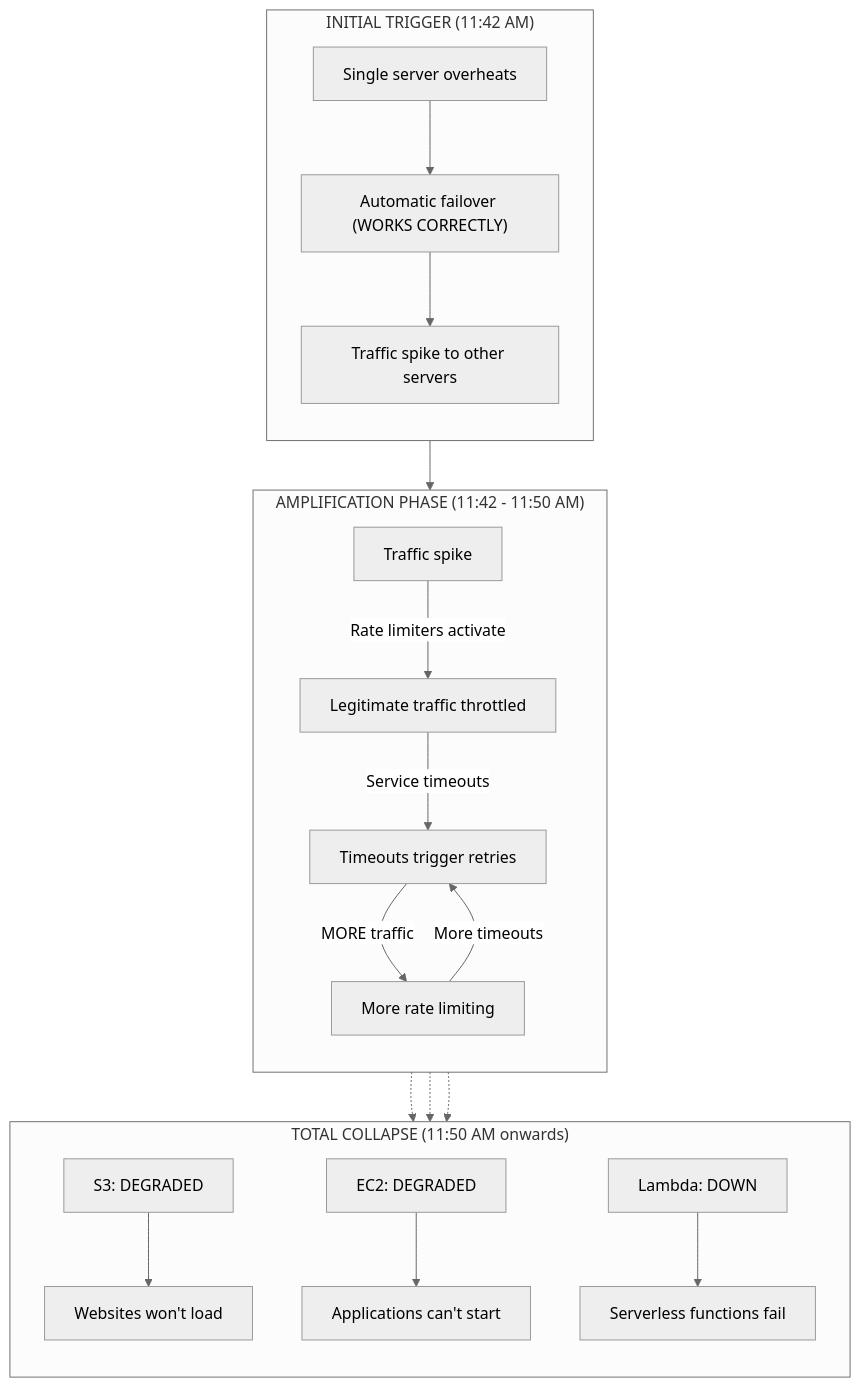
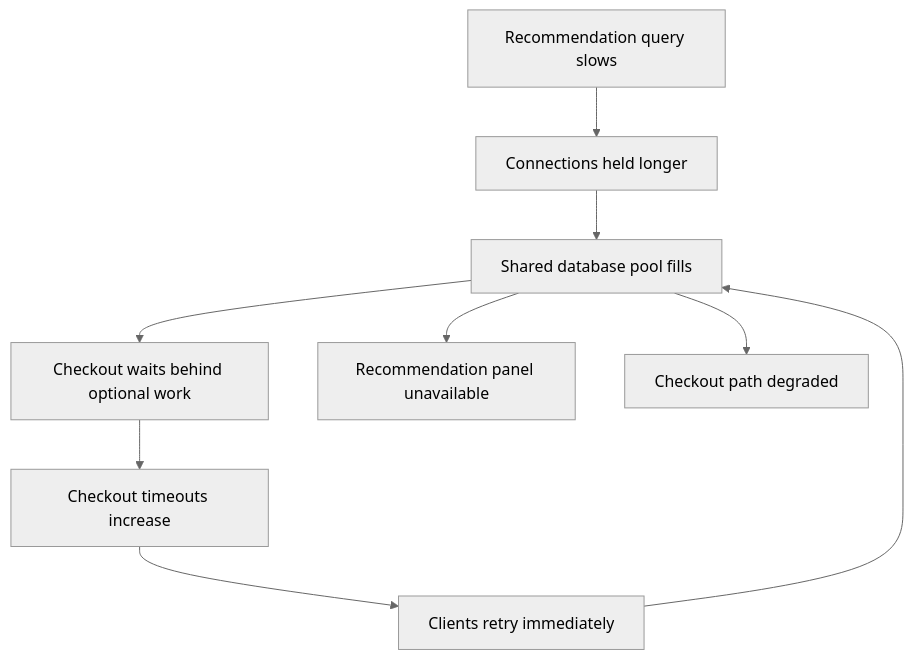
One commit to kube-dojo/kube-dojo changed the first of 11 diagrams in src/content/docs/platform/foundations/reliability-engineering/module-2.2-failure-modes-and-effects.md. Above: the diagram before and after it, drawn with Mermaid (neutral theme). The commit also changed other lines of this file and 4 other files, not shown here.

````diff
--- a/src/content/docs/platform/foundations/reliability-engineering/module-2.2-failure-modes-and-effects.md
+++ b/src/content/docs/platform/foundations/reliability-engineering/module-2.2-failure-modes-and-effects.md
@@ -40,31 +54,11 @@
 ```mermaid
 flowchart TD
-    subgraph Initial["INITIAL TRIGGER (11:42 AM)"]
-        direction TB
-        A["Single server overheats"] --> B["Automatic failover (WORKS CORRECTLY)"]
-        B --> C["Traffic spike to other servers"]
-    end
-
-    subgraph Amplification["AMPLIFICATION PHASE (11:42 - 11:50 AM)"]
-        direction TB
-        D["Traffic spike"] -->|"Rate limiters activate"| E["Legitimate traffic throttled"]
-        E -->|"Service timeouts"| F["Timeouts trigger retries"]
-        F -->|"MORE traffic"| G["More rate limiting"]
-        G -->|"More timeouts"| F
-    end
-
-    subgraph Collapse["TOTAL COLLAPSE (11:50 AM onwards)"]
-        direction TB
-        H["S3: DEGRADED"]
-        I["EC2: DEGRADED"]
-        J["Lambda: DOWN"]
-        H --> K["Websites won't load"]
-        I --> L["Applications can't start"]
-        J --> M["Serverless functions fail"]
-    end
-    
-    C --> D
-    G -.-> H
-    G -.-> I
-    G -.-> J
+    A["Recommendation query slows"] --> B["Connections held longer"]
+    B --> C["Shared database pool fills"]
+    C --> D["Checkout waits behind optional work"]
+    D --> E["Checkout timeouts increase"]
+    E --> F["Clients retry immediately"]
+    F --> C
+    C --> G["Recommendation panel unavailable"]
+    C --> H["Checkout path degraded"]
 ```
````
